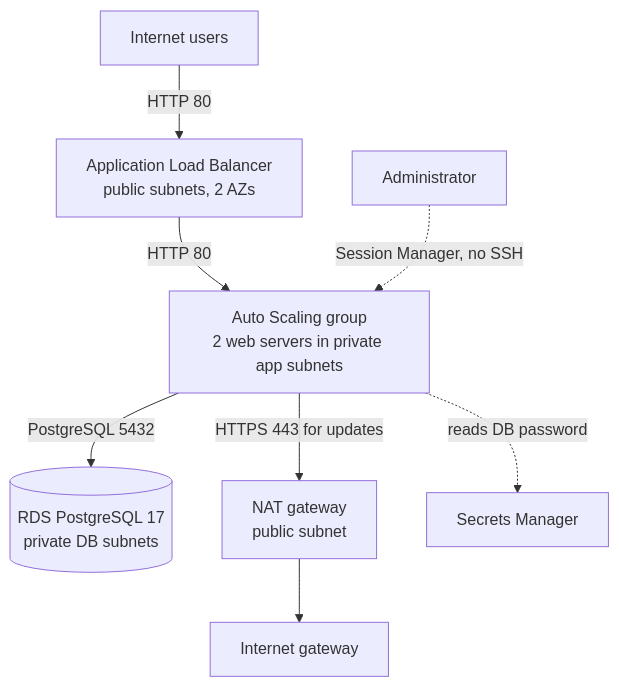
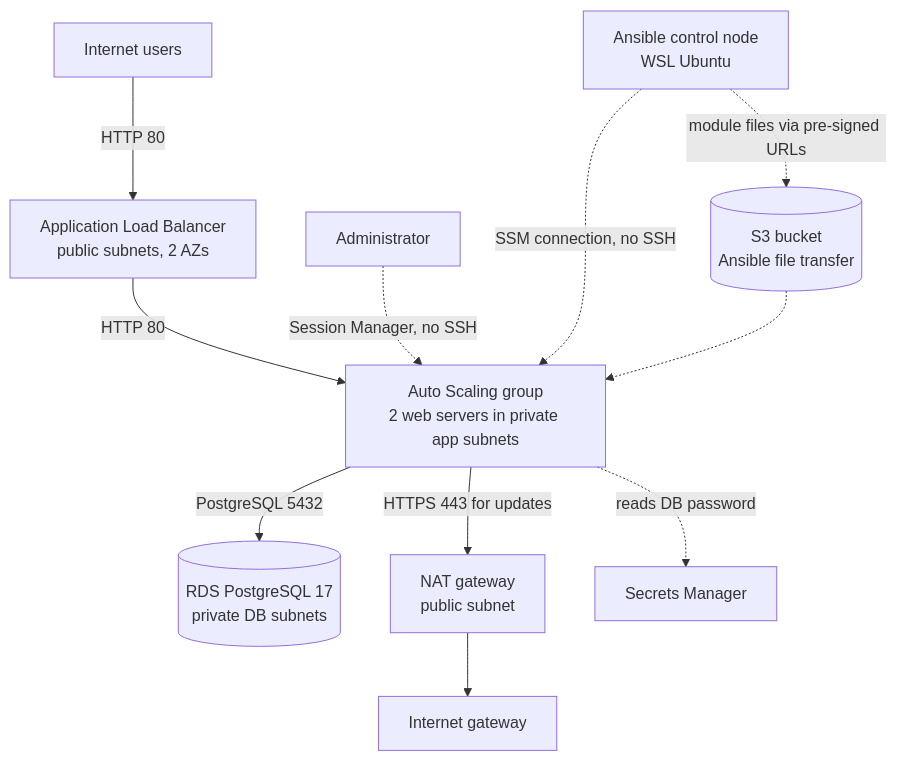
The diagram in README.md (zitayyab17-afk/aws-three-tier-webapp), drawn with Mermaid before and after one commit. The commit also changed other lines of this file, not shown here.

Commit message:
Update README: Ansible configurations over SSM anf test results

````diff
--- a/README.md
+++ b/README.md
@@ -9,10 +9,13 @@
 ```mermaid
 flowchart TD
     U[Internet users] -->|HTTP 80| ALB[Application Load Balancer<br/>public subnets, 2 AZs]
     ALB -->|HTTP 80| ASG[Auto Scaling group<br/>2 web servers in private app subnets]
     ASG -->|PostgreSQL 5432| RDS[(RDS PostgreSQL 17<br/>private DB subnets)]
     ASG -->|HTTPS 443 for updates| NAT[NAT gateway<br/>public subnet]
     NAT --> IGW[Internet gateway]
     ASG -.->|reads DB password| SM[Secrets Manager]
     Admin[Administrator] -.->|Session Manager, no SSH| ASG
+    Ansible[Ansible control node<br/>WSL Ubuntu] -.->|SSM connection, no SSH| ASG
+    Ansible -.->|module files via pre-signed URLs| S3[(S3 bucket<br/>Ansible file transfer)]
+    S3 -.-> ASG
 ```
````
